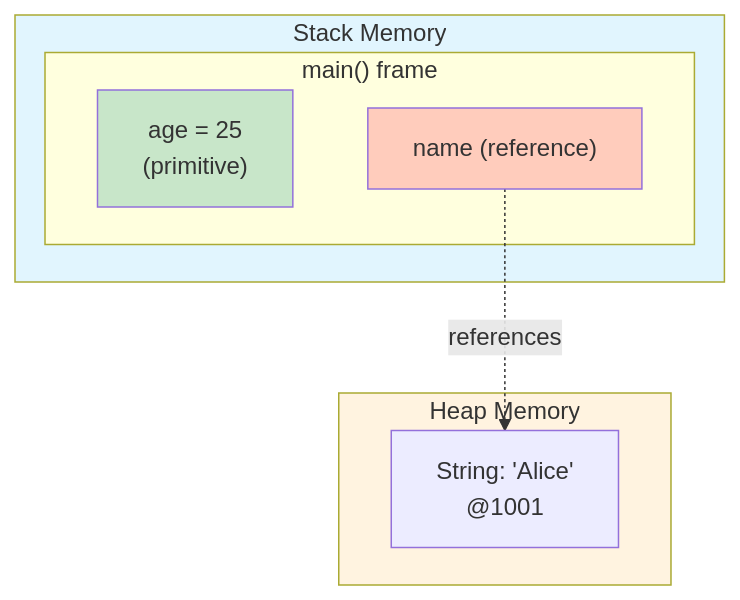
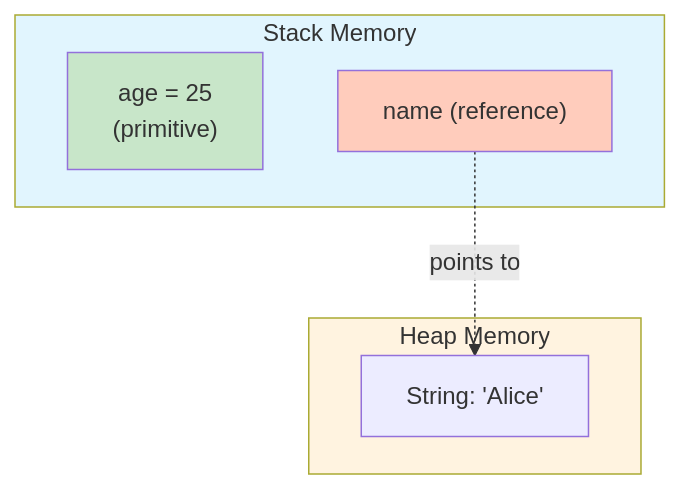
One commit to stravos97/java-documentation-notes changed the second of 8 diagrams in Java Memory Management.md. Above: the diagram before and after it, drawn with Mermaid. The commit also changed other lines of this file, not shown here.

````diff
--- a/Java Memory Management.md
+++ b/Java Memory Management.md
@@ -424,20 +427,18 @@
 ```mermaid
 graph TB
     subgraph Stack["Stack Memory"]
-        subgraph MainFrame["main() frame"]
-            age["age = 25<br/>(primitive)"]
-            name["name (reference)"]
-        end
+        age["age = 25<br/>(primitive)"]
+        name["name (reference)"]
     end
     
     subgraph Heap["Heap Memory"]
-        str1["String: 'Alice'<br/>@1001"]
+        str1["String: 'Alice'"]
     end
     
-    name -.->|references| str1
+    name -.->|points to| str1
     
     style Stack fill:#e1f5fe
     style Heap fill:#fff3e0
     style age fill:#c8e6c9
     style name fill:#ffccbc
 ```
````
